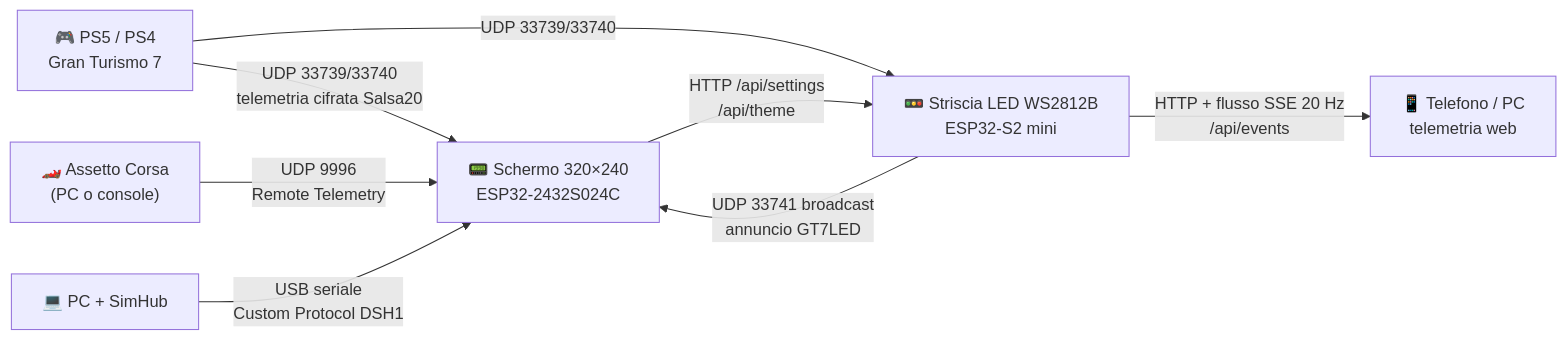
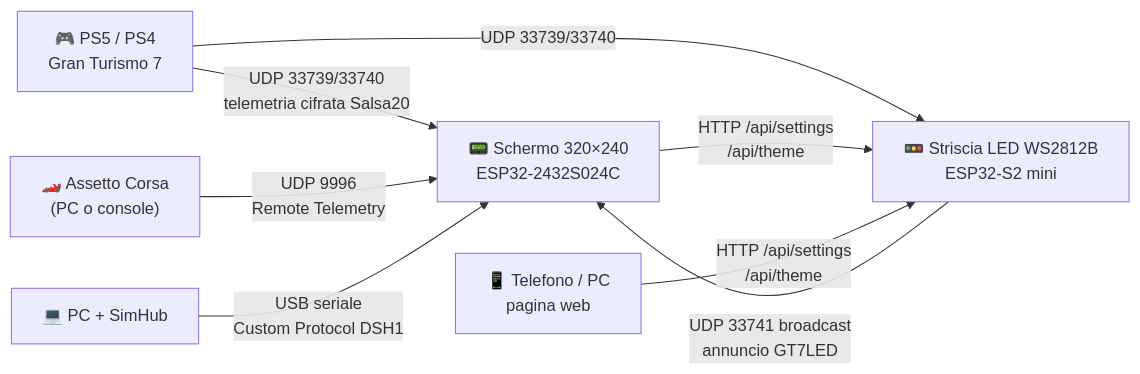
The diagram in README.md (chopin94/gt7-SchermoELed), drawn with Mermaid before and after one commit. The commit also changed other lines of this file and 9 other files, not shown here.

First line of the commit message:
Striscia LED: pagina web solo per la luce, più reattiva

````diff
--- a/README.md
+++ b/README.md
@@ -51,17 +50,17 @@
 ```mermaid
 flowchart LR
     PS5["🎮 PS5 / PS4<br/>Gran Turismo 7"]
     AC["🏎️ Assetto Corsa<br/>(PC o console)"]
     PC["💻 PC + SimHub"]
     DASH["📟 Schermo 320×240<br/>ESP32-2432S024C"]
     LED["🚥 Striscia LED WS2812B<br/>ESP32-S2 mini"]
-    WEB["📱 Telefono / PC<br/>telemetria web"]
+    WEB["📱 Telefono / PC<br/>pagina web"]
 
     PS5 -- "UDP 33739/33740<br/>telemetria cifrata Salsa20" --> DASH
     PS5 -- "UDP 33739/33740" --> LED
     AC -- "UDP 9996<br/>Remote Telemetry" --> DASH
     PC -- "USB seriale<br/>Custom Protocol DSH1" --> DASH
     LED -- "UDP 33741 broadcast<br/>annuncio GT7LED" --> DASH
     DASH -- "HTTP /api/settings<br/>/api/theme" --> LED
-    LED -- "HTTP + flusso SSE 20 Hz<br/>/api/events" --> WEB
+    WEB -- "HTTP /api/settings<br/>/api/theme" --> LED
 ```
````
